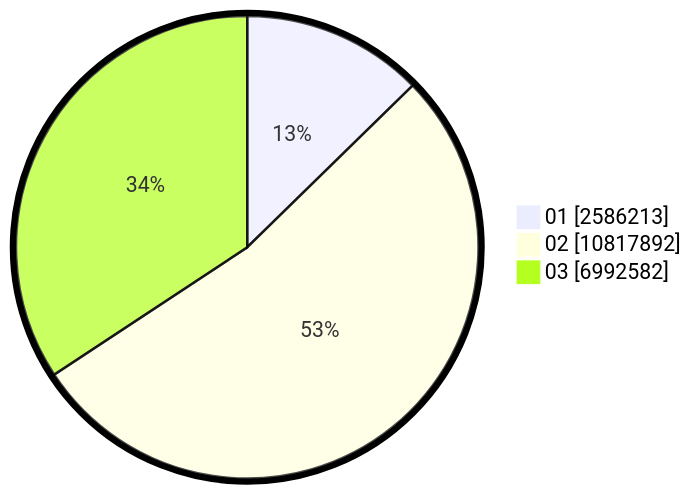
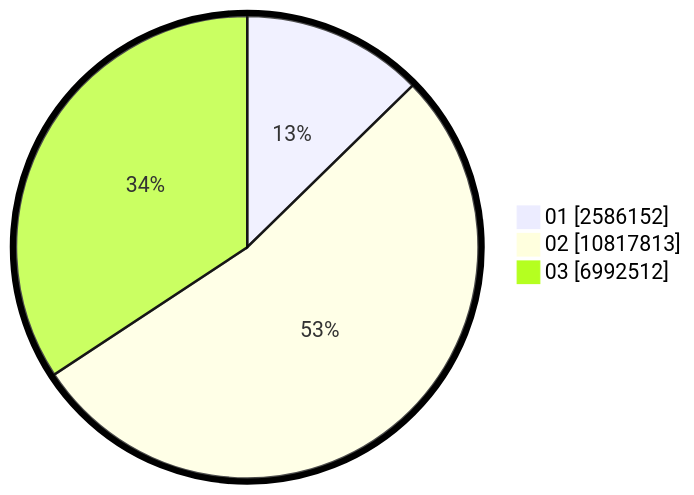
Before and after one commit to gigit-pemilu/pemilu-2024: the second of 2 diagrams in pilpres/hitung-suara/sub/table-wilayah-33.md, drawn with Mermaid. The commit also changed other lines of this file and 8 other files, not shown here.

````diff
--- a/pilpres/hitung-suara/sub/table-wilayah-33.md
+++ b/pilpres/hitung-suara/sub/table-wilayah-33.md
@@ -15,7 +15,7 @@
 ```mermaid
 %%{init: {"pie": {"textPosition": 0.5}, "themeVariables": {"pieOuterStrokeWidth": "5px"}} }%%
 pie showData
-    "01" : 2586213
-    "02" : 10817892
-    "03" : 6992582
+    "01" : 2586152
+    "02" : 10817813
+    "03" : 6992512
 ```
````
